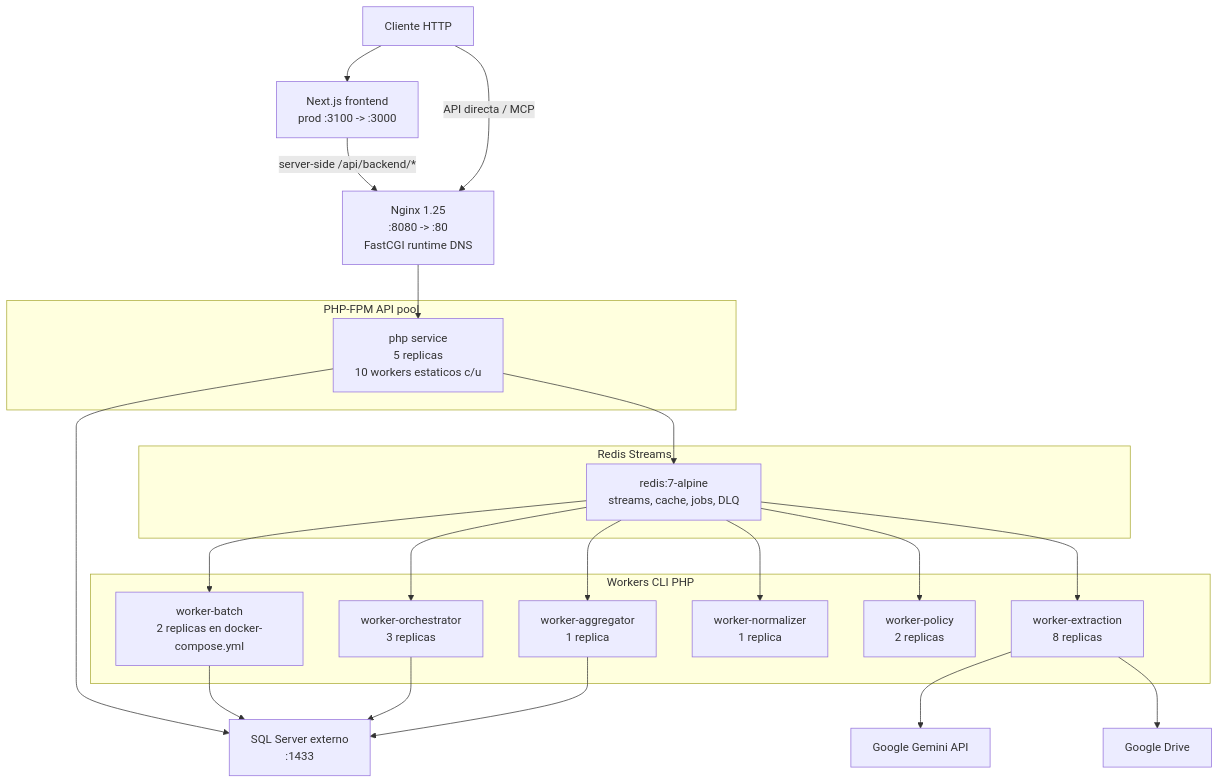
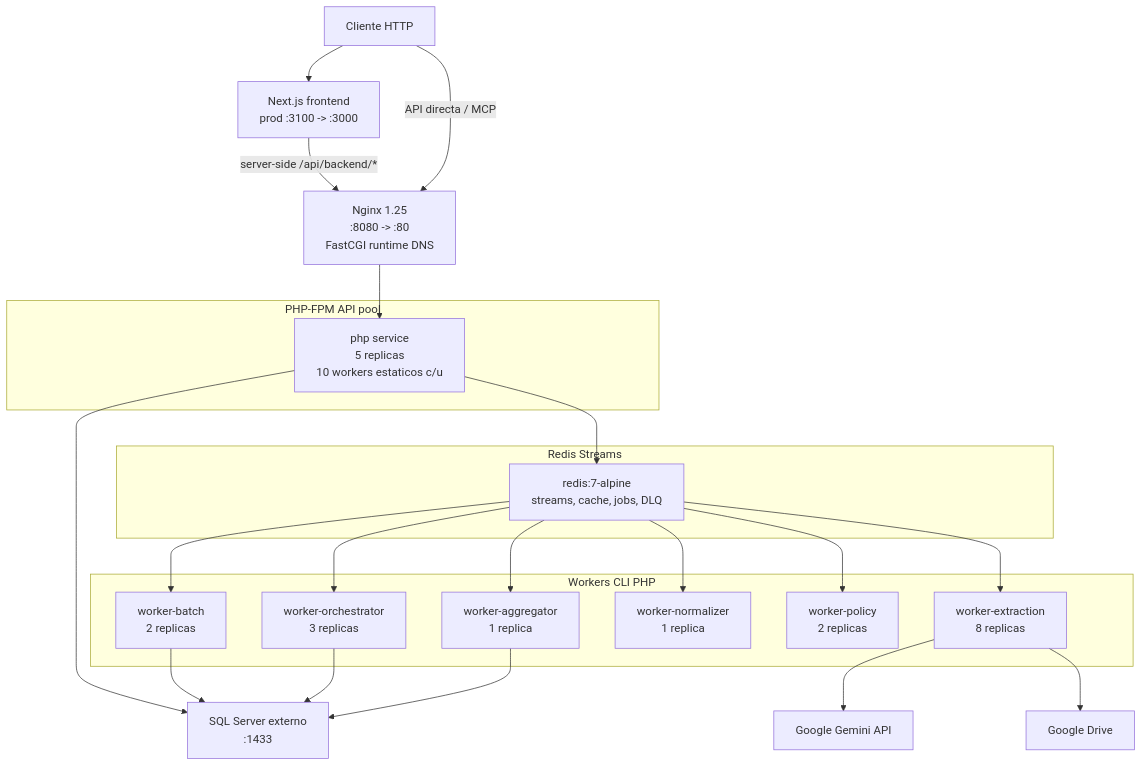
One commit to jfrem/AudFact changed the diagram in plans/high-availability.md. Above: the diagram before and after it, drawn with Mermaid. The commit also changed other lines of this file and 23 other files, not shown here.

````diff
--- a/plans/high-availability.md
+++ b/plans/high-availability.md
@@ -11,45 +11,45 @@
 ```mermaid
 graph TB
     Client["Cliente HTTP"]
     Front["Next.js frontend<br/>prod :3100 -> :3000"]
     Nginx["Nginx 1.25<br/>:8080 -> :80<br/>FastCGI runtime DNS"]
 
     subgraph PHPPool["PHP-FPM API pool"]
         PHP["php service<br/>5 replicas<br/>10 workers estaticos c/u"]
     end
 
     subgraph RedisLayer["Redis Streams"]
         Redis["redis:7-alpine<br/>streams, cache, jobs, DLQ"]
     end
 
     subgraph Workers["Workers CLI PHP"]
-        Batch["worker-batch<br/>2 replicas en docker-compose.yml"]
+        Batch["worker-batch<br/>2 replicas"]
         Orchestrator["worker-orchestrator<br/>3 replicas"]
         Extraction["worker-extraction<br/>8 replicas"]
         Normalizer["worker-normalizer<br/>1 replica"]
         Policy["worker-policy<br/>2 replicas"]
         Aggregator["worker-aggregator<br/>1 replica"]
     end
 
     SQLSRV["SQL Server externo<br/>:1433"]
     Gemini["Google Gemini API"]
     Drive["Google Drive"]
 
     Client --> Front
     Front -->|"server-side /api/backend/*"| Nginx
     Client -->|"API directa / MCP"| Nginx
     Nginx --> PHP
     PHP --> SQLSRV
     PHP --> Redis
     Redis --> Batch
     Redis --> Orchestrator
     Redis --> Extraction
     Redis --> Normalizer
     Redis --> Policy
     Redis --> Aggregator
     Batch --> SQLSRV
     Orchestrator --> SQLSRV
     Extraction --> Gemini
     Extraction --> Drive
     Aggregator --> SQLSRV
 ```
````
